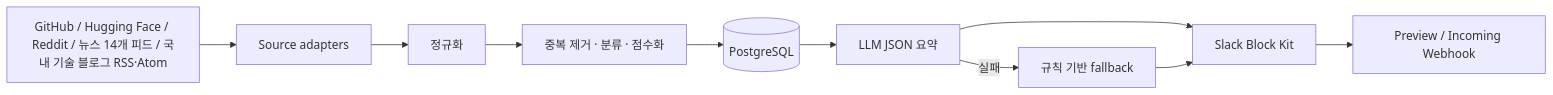
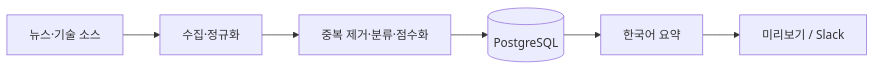
One commit to yunhozz/glean-ai changed the diagram in README.md. Above: the diagram before and after it, drawn with Mermaid. The commit also changed other lines of this file, not shown here.

````diff
--- a/README.md
+++ b/README.md
@@ -16,12 +12,8 @@
 ```mermaid
 flowchart LR
-  A[GitHub / Hugging Face / Reddit / 뉴스 14개 피드 / 국내 기술 블로그 RSS·Atom] --> B[Source adapters]
-  B --> C[정규화]
-  C --> D[중복 제거 · 분류 · 점수화]
-  D --> E[(PostgreSQL)]
-  E --> F[LLM JSON 요약]
-  F -->|실패| G[규칙 기반 fallback]
-  F --> H[Slack Block Kit]
-  G --> H
-  H --> I[Preview / Incoming Webhook]
+  A[뉴스·기술 소스] --> B[수집·정규화]
+  B --> C[중복 제거·분류·점수화]
+  C --> D[(PostgreSQL)]
+  D --> E[한국어 요약]
+  E --> F[미리보기 / Slack]
 ```
````
